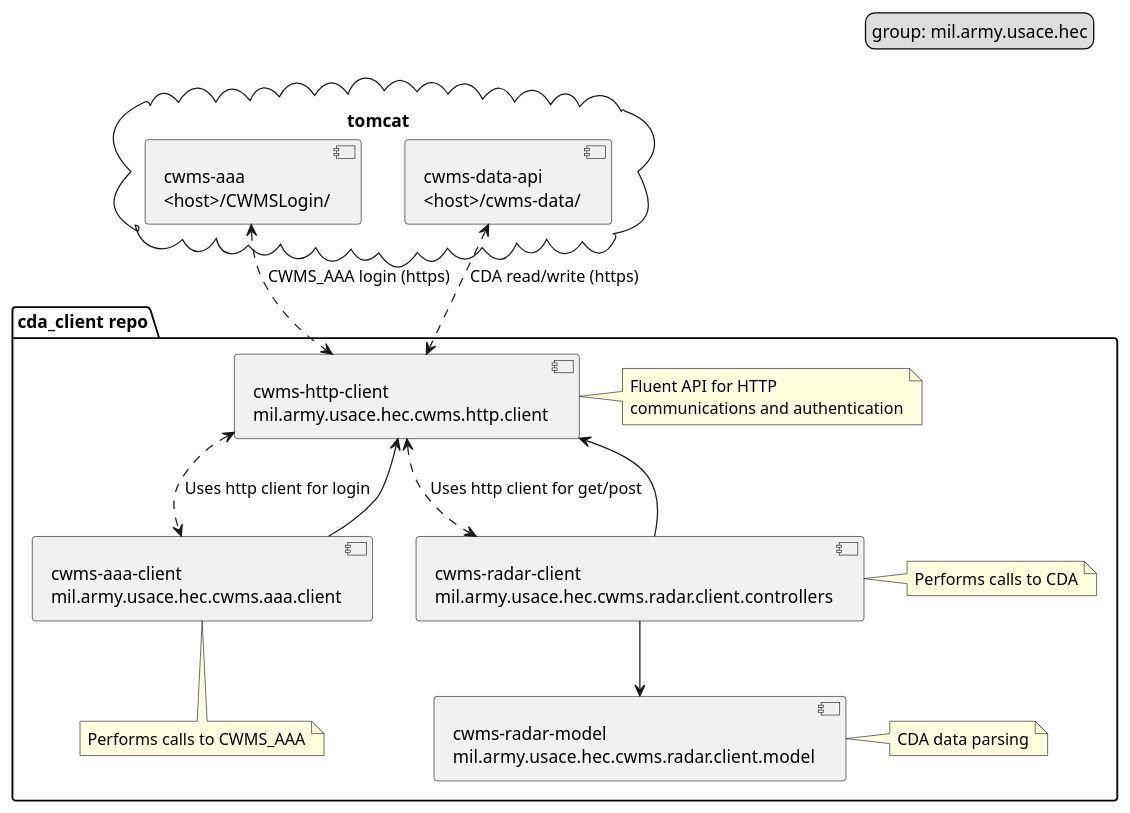
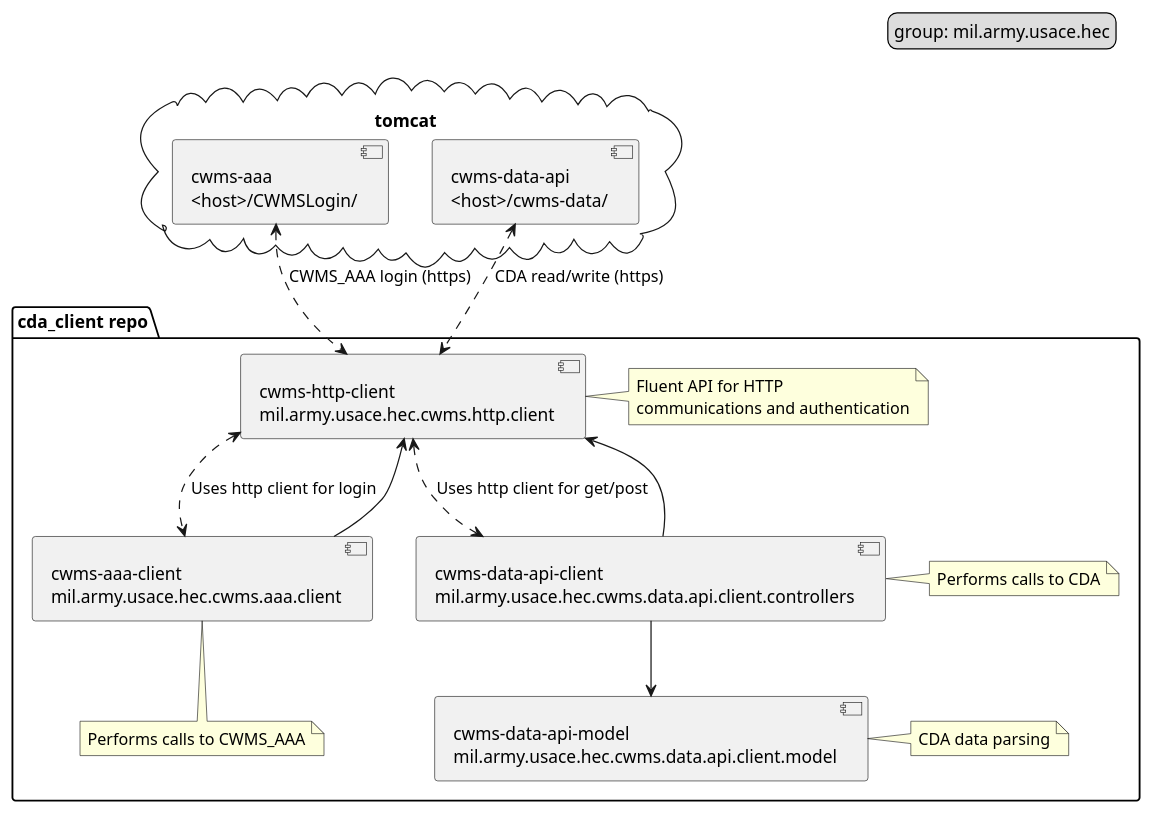
Before and after one commit to HydrologicEngineeringCenter/cwms-data-api-client: the diagram in docs/CDA-client-modules.puml, drawn with PlantUML. The commit also changed 789 other files, not shown here.

Commit message:
CWMS-1231 Renamed radar packages to cwms-data-api

```diff
--- a/docs/CDA-client-modules.puml
+++ b/docs/CDA-client-modules.puml
@@ -1,49 +1,49 @@
 @startuml
 
 cloud tomcat {
     component cwms_aaa as "cwms-aaa
         <host>/CWMSLogin/"
     component cwms_data_api as "cwms-data-api
         <host>/cwms-data/"
 }
 
 package "cda_client repo" {
 
     component cwms_aaa_client as "cwms-aaa-client
         mil.army.usace.hec.cwms.aaa.client"
     note bottom of cwms_aaa_client : Performs calls to CWMS_AAA
     component cwms_http_client as "cwms-http-client
         mil.army.usace.hec.cwms.http.client"
     note right of cwms_http_client
         Fluent API for HTTP
         communications and authentication
     end note
-    component cwms_radar_client as "cwms-radar-client
-        mil.army.usace.hec.cwms.radar.client.controllers"
-    note right of cwms_radar_client : Performs calls to CDA
+    component cwms_data_api_client as "cwms-data-api-client
+        mil.army.usace.hec.cwms.data.api.client.controllers"
+    note right of cwms_data_api_client : Performs calls to CDA
 
-    component cwms_radar_model as "cwms-radar-model
-        mil.army.usace.hec.cwms.radar.client.model"
-    note right of cwms_radar_model : CDA data parsing
+    component cwms_data_api_model as "cwms-data-api-model
+        mil.army.usace.hec.cwms.data.api.client.model"
+    note right of cwms_data_api_model : CDA data parsing
 
 }
 legend top right
     group: mil.army.usace.hec
 end legend
 
 
-cwms_radar_client -left[hidden]- cwms_aaa_client
+cwms_data_api_client -left[hidden]- cwms_aaa_client
 
 cwms_aaa <.down.> cwms_http_client : CWMS_AAA login (https)
 cwms_http_client <.down.> cwms_aaa_client : Uses http client for login
 
 
 cwms_data_api <.down.> cwms_http_client : CDA read/write (https)
-cwms_http_client <.down.> cwms_radar_client : Uses http client for get/post
+cwms_http_client <.down.> cwms_data_api_client : Uses http client for get/post
 
 cwms_http_client <-down- cwms_aaa_client
-cwms_http_client <-down- cwms_radar_client
+cwms_http_client <-down- cwms_data_api_client
 
-cwms_radar_client -down-> cwms_radar_model
+cwms_data_api_client -down-> cwms_data_api_model
 
 @enduml
```
